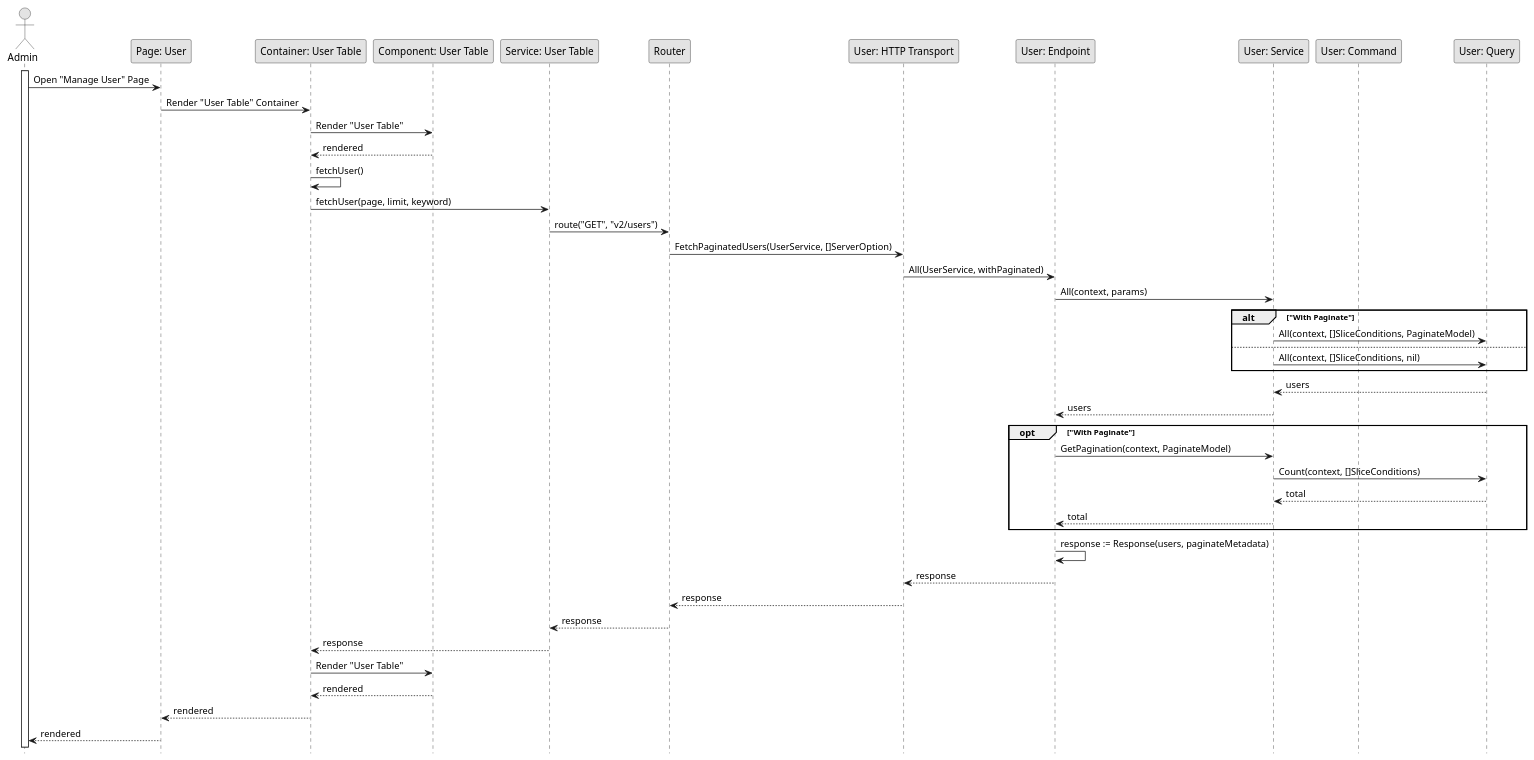
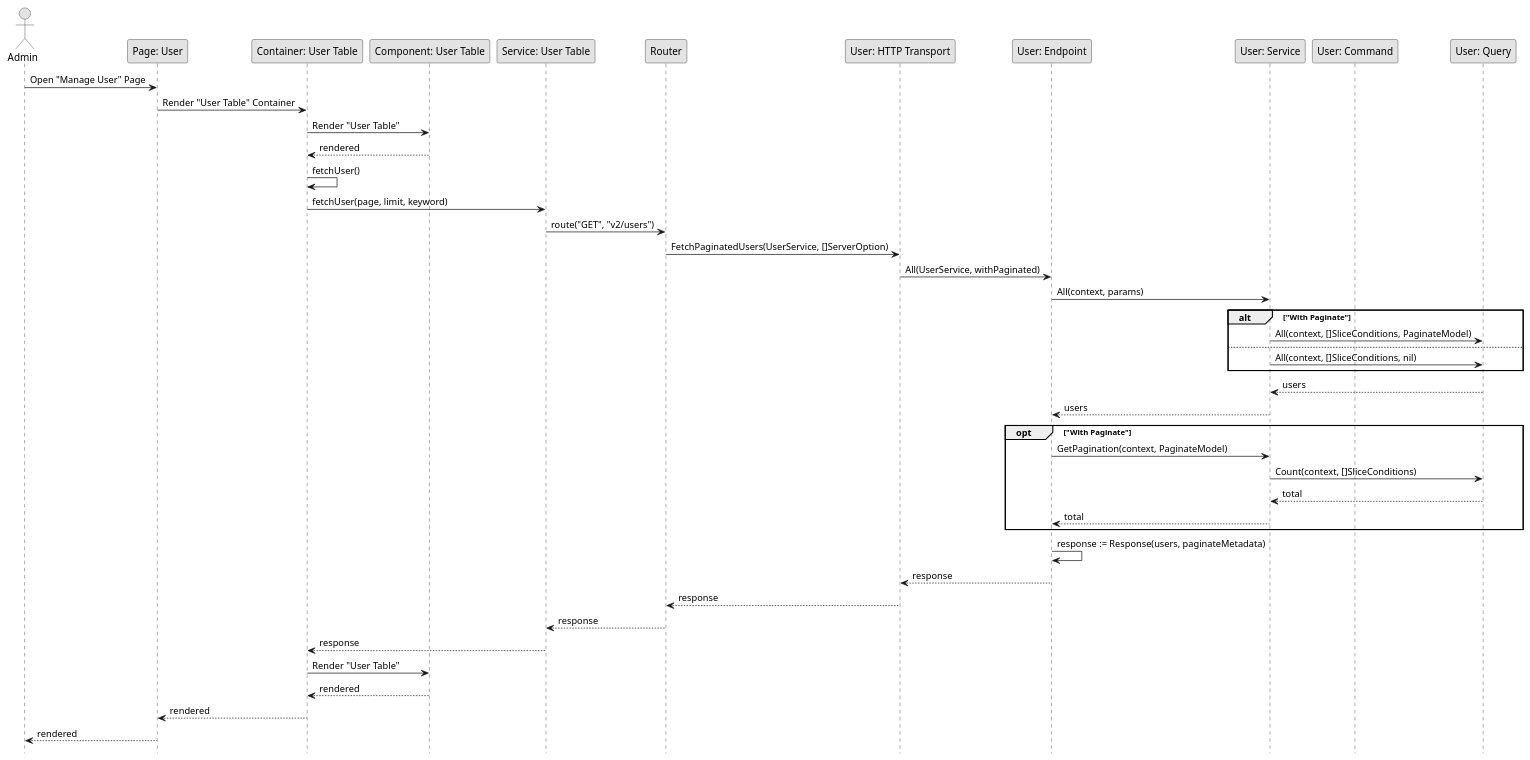
One commit to fwidjaya20/fazzlearning-uml changed the diagram in Sequence/Release01/GetUser.wsd. Above: the diagram before and after it, drawn with PlantUML. The commit also changed 32 other files, not shown here.

Commit message:
fix(diagram): remove lifeline

```diff
--- a/Sequence/Release01/GetUser.wsd
+++ b/Sequence/Release01/GetUser.wsd
@@ -1,58 +1,56 @@
 @startuml DeleteUser
 
 skinparam Monochrome true
 skinparam Shadowing false
 hide footbox
 
 actor Admin
 participant "Page: User" as UserPage
 participant "Container: User Table" as UserTableContainer
 participant "Component: User Table" as UserTable
 participant "Service: User Table" as FEUserService
 participant "Router" as Router
 participant "User: HTTP Transport" as UserHTTPTransport
 participant "User: Endpoint" as UserEndpoint
 participant "User: Service" as UserService
 participant "User: Command" as UserCommand
 participant "User: Query" as UserQuery
-
-activate Admin
 
 Admin->UserPage: Open "Manage User" Page
 UserPage->UserTableContainer: Render "User Table" Container
 UserTableContainer->UserTable: Render "User Table"
 UserTable-->UserTableContainer: rendered
 UserTableContainer->UserTableContainer: fetchUser()
 UserTableContainer->FEUserService: fetchUser(page, limit, keyword)
 FEUserService->Router: route("GET", "v2/users")
 Router->UserHTTPTransport: FetchPaginatedUsers(UserService, []ServerOption)
 UserHTTPTransport->UserEndpoint: All(UserService, withPaginated)
 UserEndpoint->UserService: All(context, params)
 
 alt "With Paginate"
     UserService->UserQuery: All(context, []SliceConditions, PaginateModel)
 else
     UserService->UserQuery: All(context, []SliceConditions, nil)
 end
 
 UserQuery-->UserService: users
 UserService-->UserEndpoint: users
 
 opt "With Paginate"
     UserEndpoint->UserService: GetPagination(context, PaginateModel)
     UserService->UserQuery: Count(context, []SliceConditions)
     UserQuery-->UserService: total
     UserService-->UserEndpoint: total
 end
 
 UserEndpoint->UserEndpoint: response := Response(users, paginateMetadata)
 UserEndpoint-->UserHTTPTransport: response
 UserHTTPTransport-->Router: response
 Router-->FEUserService: response
 FEUserService-->UserTableContainer: response
 UserTableContainer->UserTable: Render "User Table"
 UserTable-->UserTableContainer: rendered
 UserTableContainer-->UserPage: rendered
 UserPage-->Admin: rendered
 
 @enduml
```
